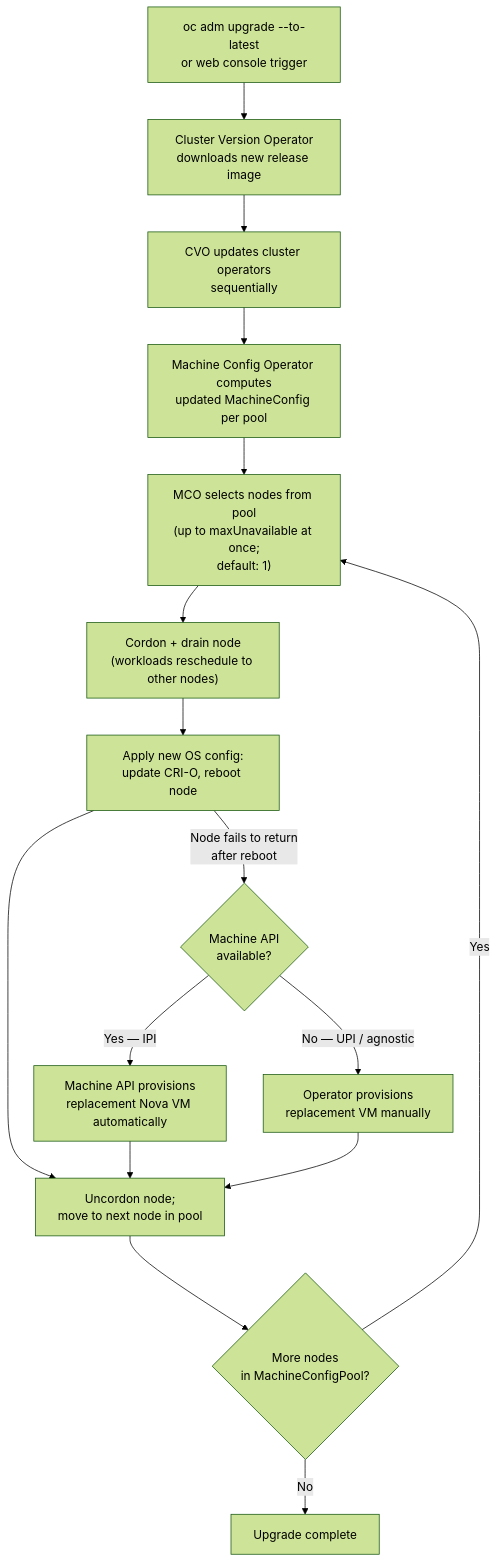
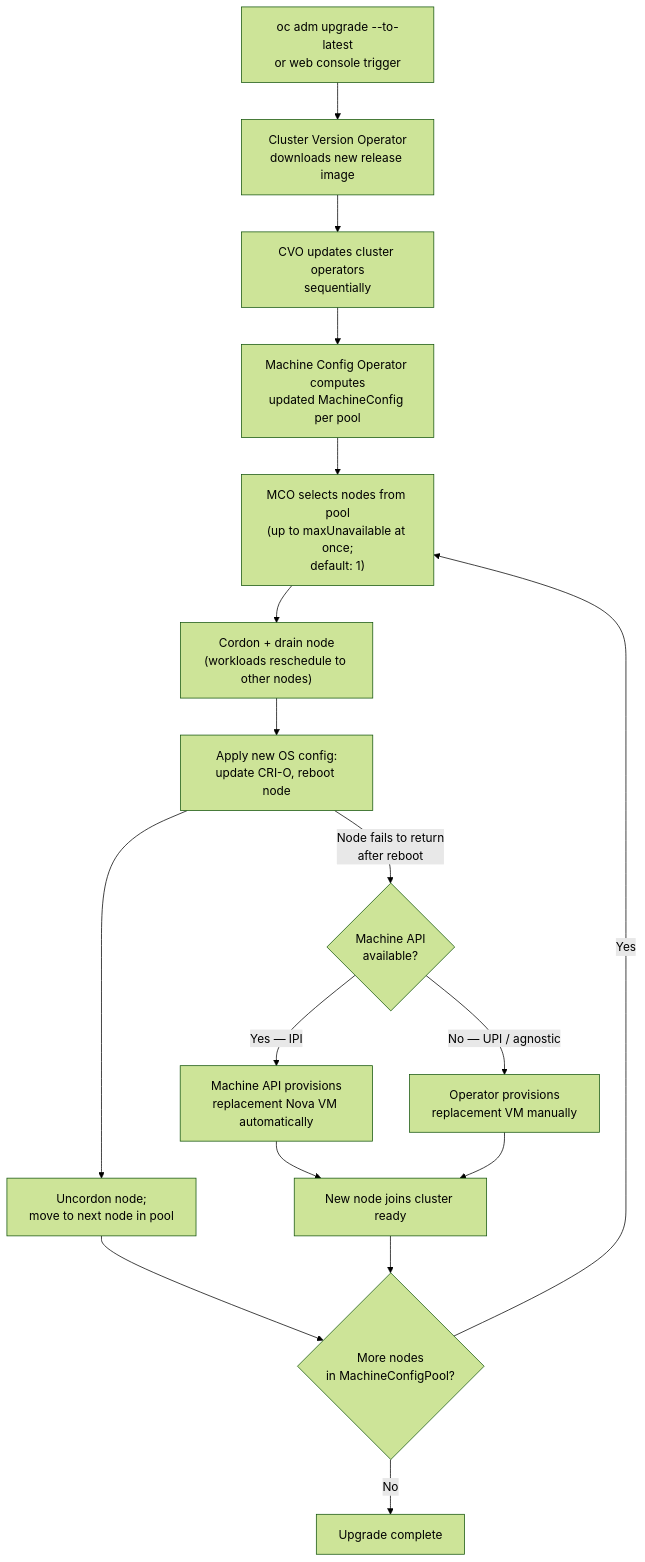
One commit to sawoohoorun/ocp-deployment-mode changed the ninth of 10 diagrams in docs/openshift-on-rhoso-openstack-deployment-comparison.md. Above: the diagram before and after it, drawn with Mermaid (forest theme). The commit also changed other lines of this file and 1 other file, not shown here.

````diff
--- a/docs/openshift-on-rhoso-openstack-deployment-comparison.md
+++ b/docs/openshift-on-rhoso-openstack-deployment-comparison.md
@@ -373,19 +388,20 @@
 ```mermaid
 flowchart TD
     START["oc adm upgrade --to-latest\nor web console trigger"] --> CVO["Cluster Version Operator\ndownloads new release image"]
     CVO --> OPS["CVO updates cluster operators\nsequentially"]
     OPS --> MCO["Machine Config Operator computes\nupdated MachineConfig per pool"]
     MCO --> POOL["MCO selects nodes from pool\n(up to maxUnavailable at once;\ndefault: 1)"]
     POOL --> DRAIN["Cordon + drain node\n(workloads reschedule to other nodes)"]
     DRAIN --> APPLY["Apply new OS config:\nupdate CRI-O, reboot node"]
     APPLY --> UNCORDON["Uncordon node;\nmove to next node in pool"]
     UNCORDON --> MORE{"More nodes\nin MachineConfigPool?"}
     MORE -->|"Yes"| POOL
     MORE -->|"No"| DONE["Upgrade complete"]
 
     APPLY -->|"Node fails to return\nafter reboot"| FAIL{"Machine API\navailable?"}
     FAIL -->|"Yes — IPI"| REPLACE["Machine API provisions\nreplacement Nova VM automatically"]
     FAIL -->|"No — UPI / agnostic"| MANUAL["Operator provisions\nreplacement VM manually"]
-    REPLACE --> UNCORDON
-    MANUAL --> UNCORDON
+    REPLACE --> NEWNODE["New node joins cluster ready"]
+    MANUAL --> NEWNODE
+    NEWNODE --> MORE
 ```
````
